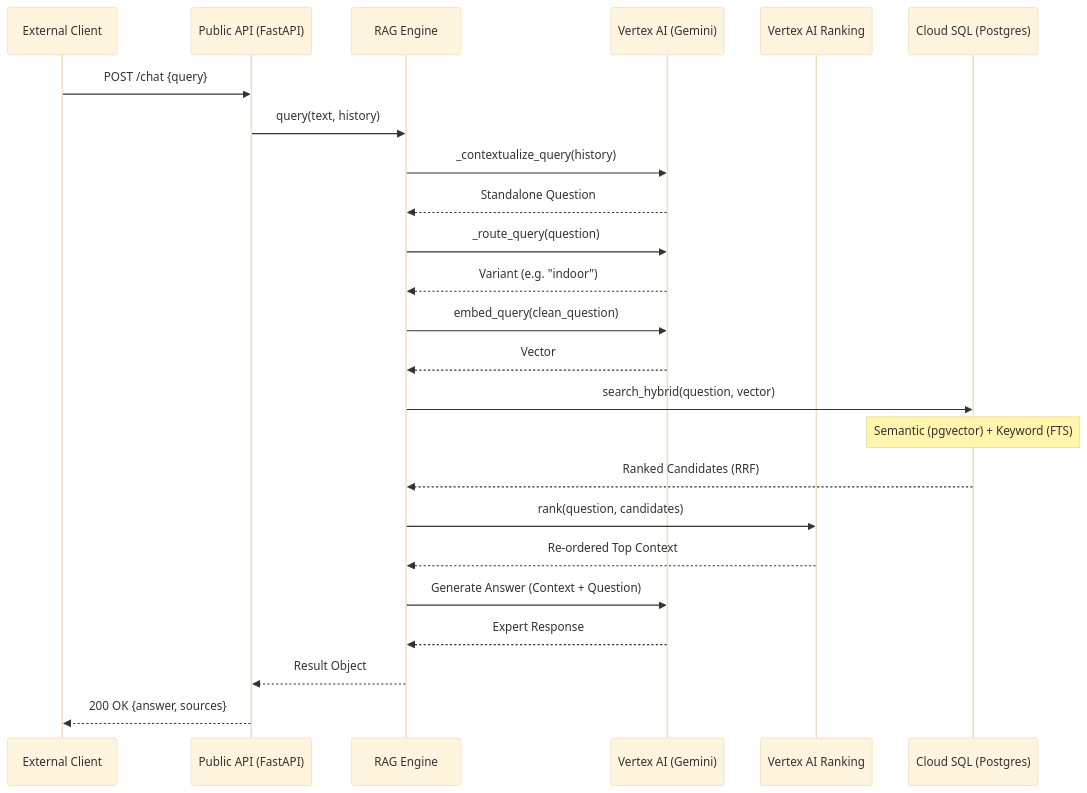
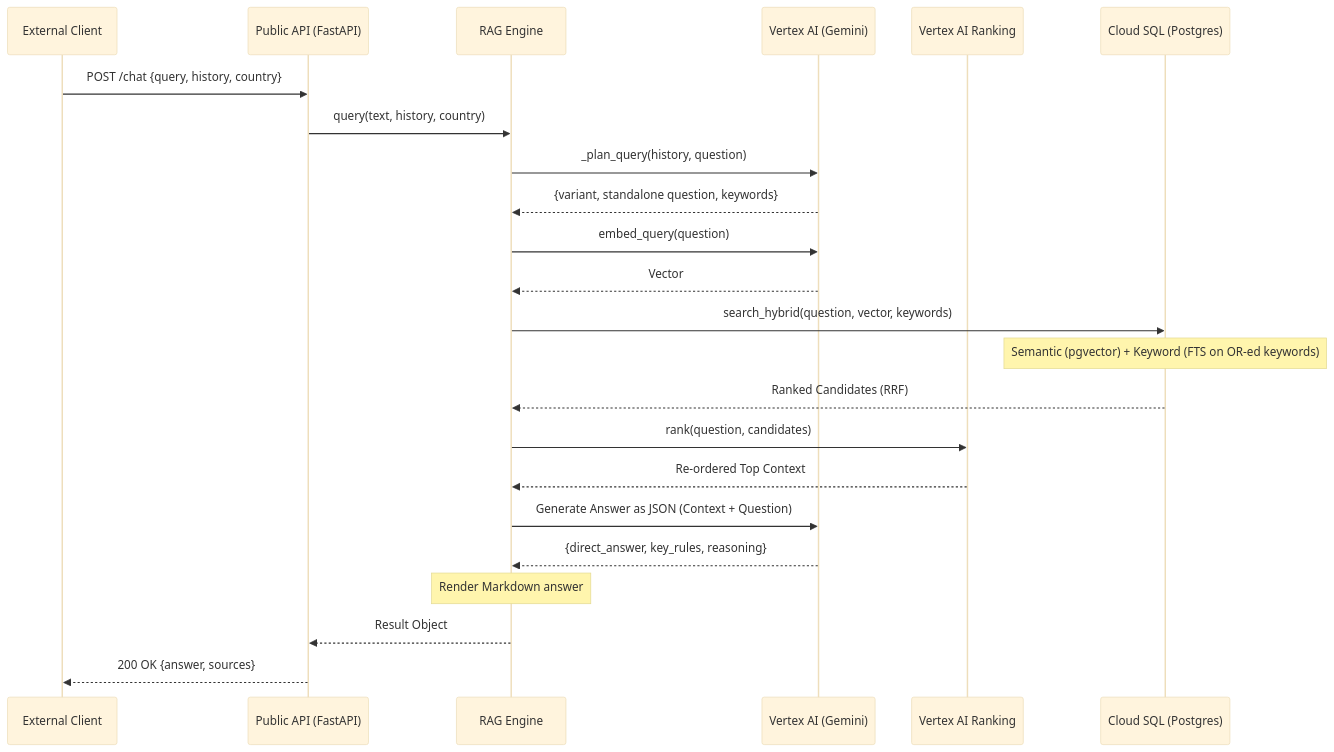
The second of 2 diagrams in README.md (bavobbr/fih-rules-engine), drawn with Mermaid (base theme) before and after one commit. The commit also changed other lines of this file and 6 other files, not shown here.

````diff
--- a/README.md
+++ b/README.md
@@ -77,27 +77,26 @@
 ```mermaid
 sequenceDiagram
     participant Client as External Client
     participant API as Public API (FastAPI)
     participant Engine as RAG Engine
     participant Vertex as Vertex AI (Gemini)
     participant Rank as Vertex AI Ranking
     participant DB as Cloud SQL (Postgres)
 
-    Client->>API: POST /chat {query}
-    API->>Engine: query(text, history)
-    Engine->>Vertex: _contextualize_query(history)
-    Vertex-->>Engine: Standalone Question
-    Engine->>Vertex: _route_query(question)
-    Vertex-->>Engine: Variant (e.g. "indoor")
-    Engine->>Vertex: embed_query(clean_question)
+    Client->>API: POST /chat {query, history, country}
+    API->>Engine: query(text, history, country)
+    Engine->>Vertex: _plan_query(history, question)
+    Vertex-->>Engine: {variant, standalone question, keywords}
+    Engine->>Vertex: embed_query(question)
     Vertex-->>Engine: Vector
-    Engine->>DB: search_hybrid(question, vector)
-    Note over DB: Semantic (pgvector) + Keyword (FTS)
+    Engine->>DB: search_hybrid(question, vector, keywords)
+    Note over DB: Semantic (pgvector) + Keyword (FTS on OR-ed keywords)
     DB-->>Engine: Ranked Candidates (RRF)
     Engine->>Rank: rank(question, candidates)
     Rank-->>Engine: Re-ordered Top Context
-    Engine->>Vertex: Generate Answer (Context + Question)
-    Vertex-->>Engine: Expert Response
+    Engine->>Vertex: Generate Answer as JSON (Context + Question)
+    Vertex-->>Engine: {direct_answer, key_rules, reasoning}
+    Note over Engine: Render Markdown answer
     Engine-->>API: Result Object
     API-->>Client: 200 OK {answer, sources}
 ```
````
